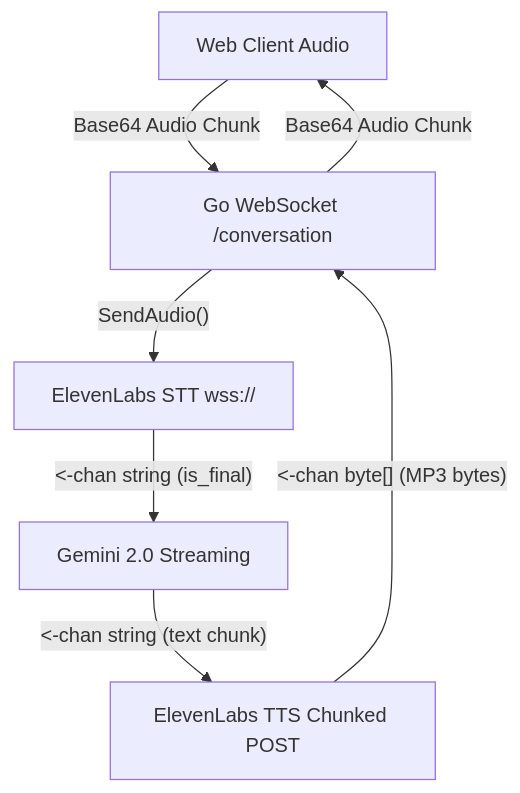
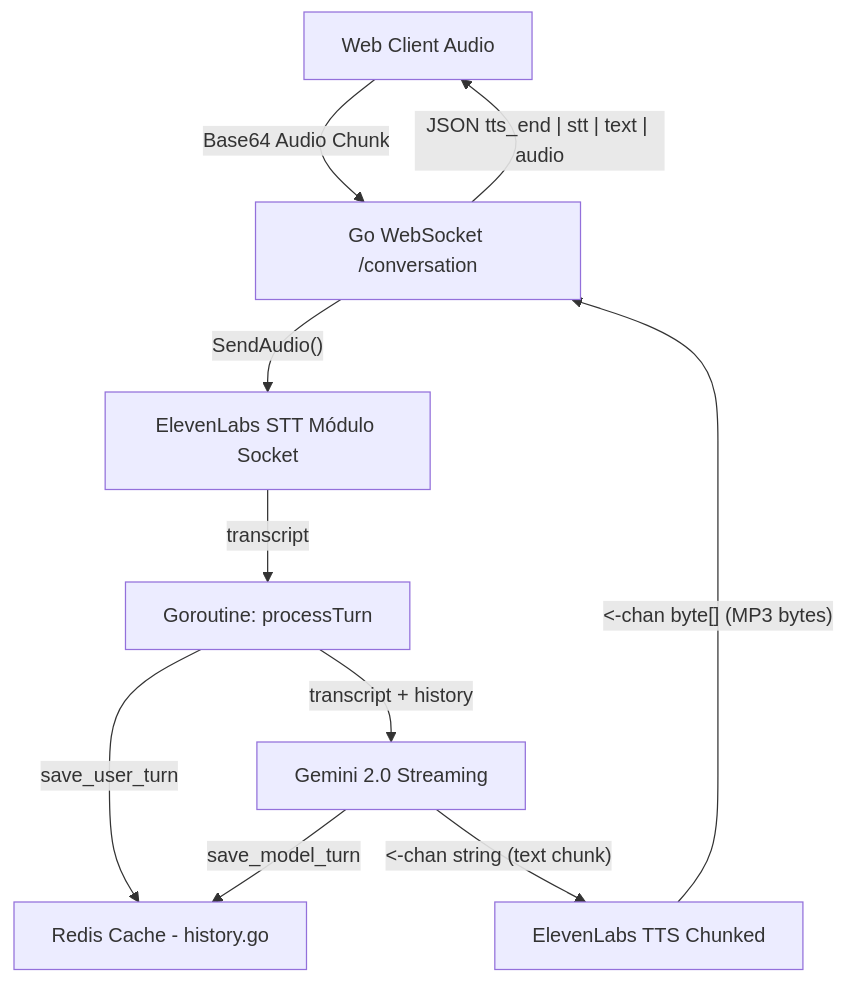
The diagram in docs/backend/modules/audio.md (OIRDEdev/english-collector), drawn with Mermaid before and after one commit. The commit also changed other lines of this file, not shown here.

Commit message:
docs: updating audio documentation

````diff
--- a/docs/backend/modules/audio.md
+++ b/docs/backend/modules/audio.md
@@ -30,9 +34,12 @@
 ```mermaid
 graph TD
     Client[Web Client Audio] -- Base64 Audio Chunk --> WS[Go WebSocket /conversation]
-    WS -- SendAudio() --> STT[ElevenLabs STT wss://]
-    STT -- <-chan string (is_final) --> LLM[Gemini 2.0 Streaming]
-    LLM -- <-chan string (text chunk) --> TTS[ElevenLabs TTS Chunked POST]
+    WS -- SendAudio() --> STT[ElevenLabs STT Módulo Socket]
+    STT -- transcript --> Pipeline[Goroutine: processTurn]
+    Pipeline -- save_user_turn --> Redis[Redis Cache - history.go]
+    Pipeline -- transcript + history --> LLM[Gemini 2.0 Streaming]
+    LLM -- <-chan string (text chunk) --> TTS[ElevenLabs TTS Chunked]
+    LLM -- save_model_turn --> Redis
     TTS -- <-chan byte[] (MP3 bytes) --> WS
-    WS -- Base64 Audio Chunk --> Client
+    WS -- JSON tts_end | stt | text | audio --> Client
 ```
````
